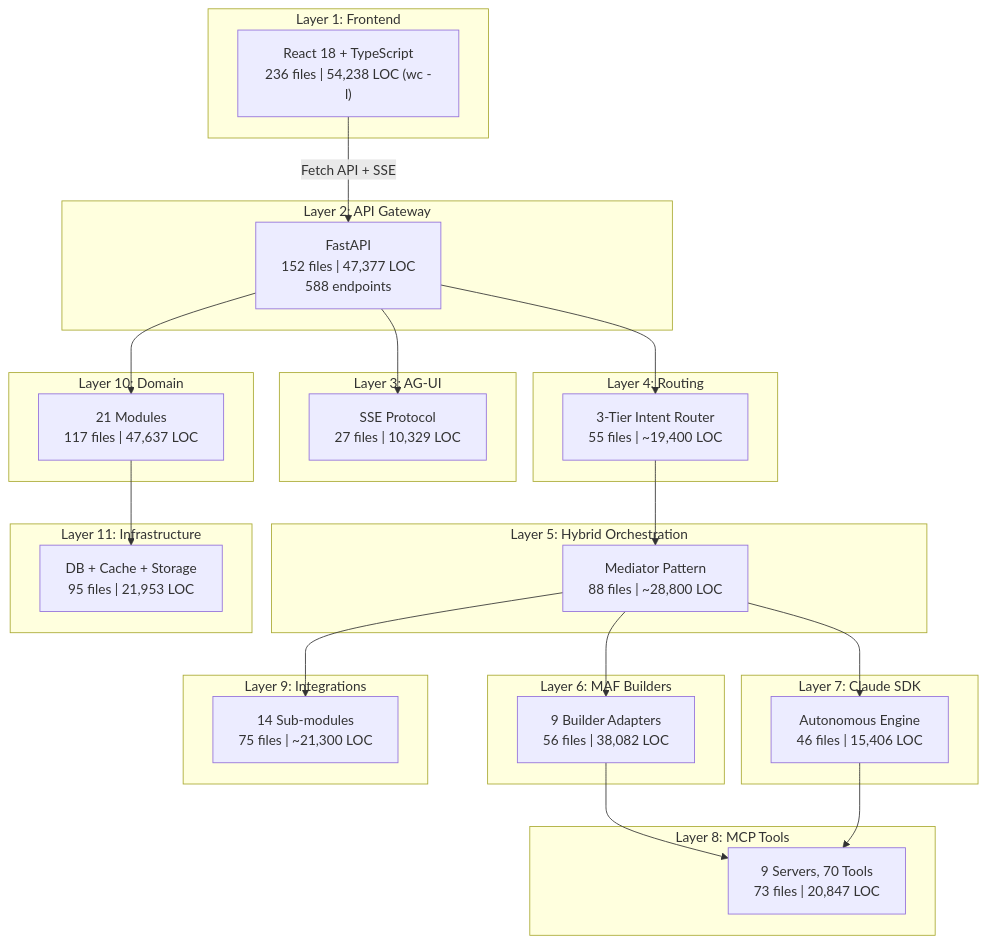
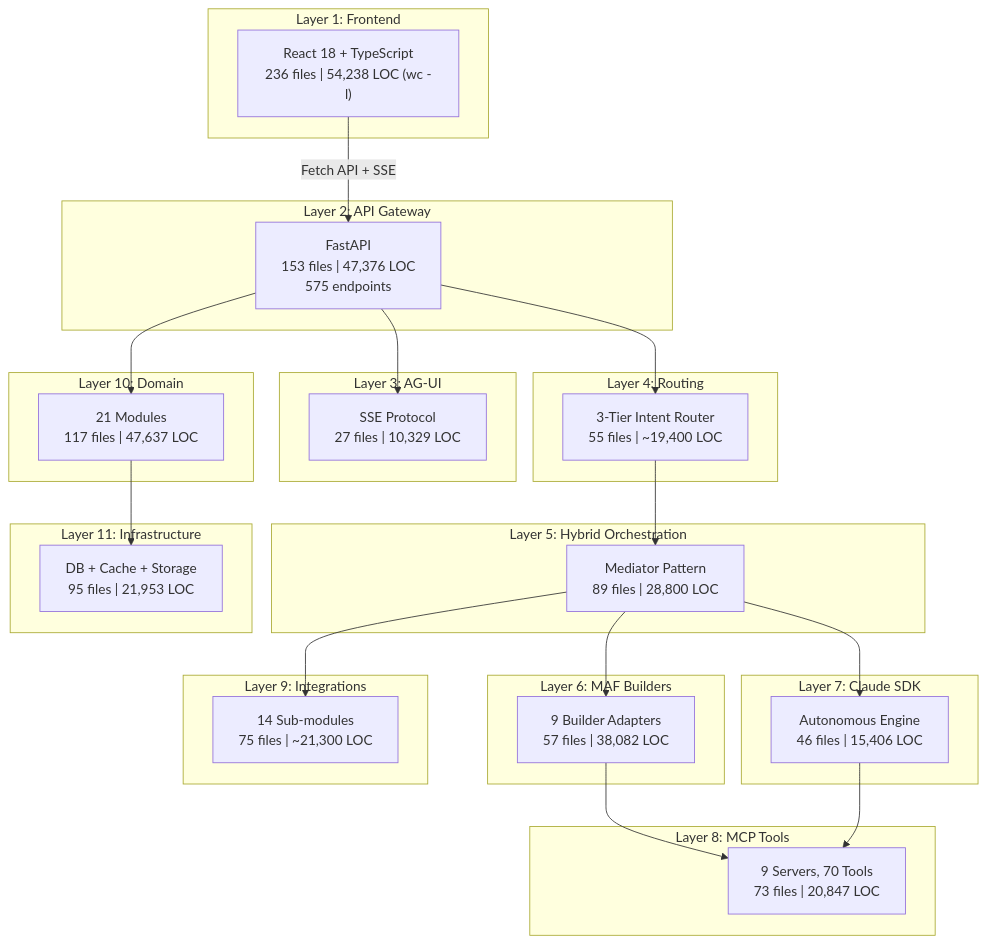
Before and after one commit to laitim2001/ai-semantic-kernel-framework-project: the diagram in docs/07-analysis/V9/00-stats.md, drawn with Mermaid. The commit also changed other lines of this file, not shown here.

Commit message:
docs(analysis): V9 Wave 7 deep verification fixes — panoramic diagrams + L02/L04/L05 re-check
Wave 7: 6 agents, ~55 claims verified. Key fixes to 00-stats.md panoramic diagrams.

00-stats.md fixes (resolving internal contradictions between 2 diagrams):
- L02: endpoints 588→575 (unified), route modules 39→43, files 152→153
- L05: Mermaid graph 88→89 files (E2E diagram was already correct)
- L06: Mermaid graph 56→57 files, 11-layer diagram 56→57
- L07: 11-layer diagram 46→48 files

L03 AG-UI: 10/10 PASS — fully accurate
L05 re-check: 9/10 — MediatorEventBridge confirmed at ag_ui/mediator_bridge.py
L04 re-check: TeamsCardBuilder makes MessageCard (not Adaptive Card)

````diff
--- a/docs/07-analysis/V9/00-stats.md
+++ b/docs/07-analysis/V9/00-stats.md
@@ -21,48 +21,48 @@
 ```mermaid
 graph TB
     subgraph "Layer 1: Frontend"
         FE["React 18 + TypeScript<br/>236 files | 54,238 LOC (wc -l)"]
     end
     subgraph "Layer 2: API Gateway"
-        API["FastAPI<br/>152 files | 47,377 LOC<br/>588 endpoints"]
+        API["FastAPI<br/>153 files | 47,376 LOC<br/>575 endpoints"]
     end
     subgraph "Layer 3: AG-UI"
         AGUI["SSE Protocol<br/>27 files | 10,329 LOC"]
     end
     subgraph "Layer 4: Routing"
         ROUTE["3-Tier Intent Router<br/>55 files | ~19,400 LOC"]
     end
     subgraph "Layer 5: Hybrid Orchestration"
-        HYBRID["Mediator Pattern<br/>88 files | ~28,800 LOC"]
+        HYBRID["Mediator Pattern<br/>89 files | 28,800 LOC"]
     end
     subgraph "Layer 6: MAF Builders"
-        MAF["9 Builder Adapters<br/>56 files | 38,082 LOC"]
+        MAF["9 Builder Adapters<br/>57 files | 38,082 LOC"]
     end
     subgraph "Layer 7: Claude SDK"
         CLAUDE["Autonomous Engine<br/>46 files | 15,406 LOC"]
     end
     subgraph "Layer 8: MCP Tools"
         MCP["9 Servers, 70 Tools<br/>73 files | 20,847 LOC"]
     end
     subgraph "Layer 9: Integrations"
         INT["14 Sub-modules<br/>75 files | ~21,300 LOC"]
     end
     subgraph "Layer 10: Domain"
         DOM["21 Modules<br/>117 files | 47,637 LOC"]
     end
     subgraph "Layer 11: Infrastructure"
         INFRA["DB + Cache + Storage<br/>95 files | 21,953 LOC"]
     end
 
     FE -->|"Fetch API + SSE"| API
     API --> AGUI
     API --> ROUTE
     ROUTE --> HYBRID
     HYBRID --> MAF
     HYBRID --> CLAUDE
     MAF --> MCP
     CLAUDE --> MCP
     HYBRID --> INT
     API --> DOM
     DOM --> INFRA
 ```
````
